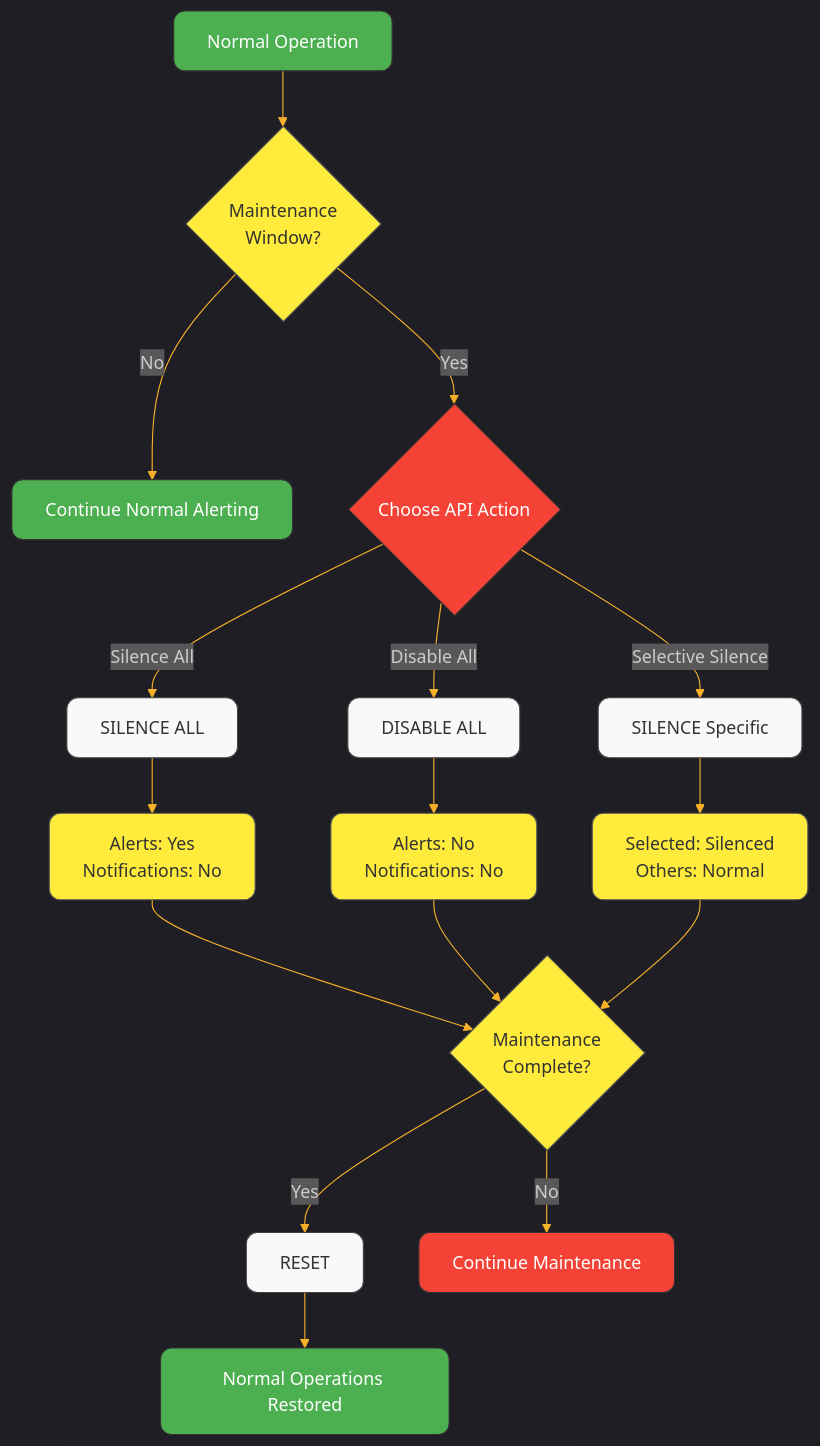
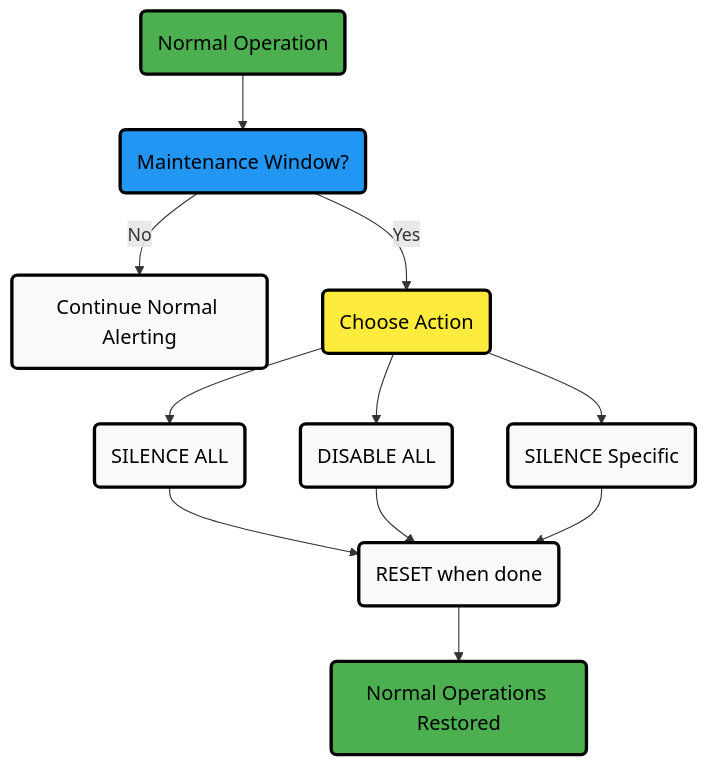
The second of 2 diagrams in src/health/notifications/README.md (netdata/netdata), drawn with Mermaid before and after one commit. The commit also changed other lines of this file and 21 other files, not shown here.

Commit message:
Fix Mermaid diagrams across multiple files

````diff
--- a/src/health/notifications/README.md
+++ b/src/health/notifications/README.md
@@ -54,45 +53,29 @@
 ```mermaid
-%%{init: {'theme': 'dark', 'themeVariables': { 'primaryColor': '#2b2b2b', 'primaryTextColor': '#fff', 'primaryBorderColor': '#7C0000', 'lineColor': '#F8B229', 'secondaryColor': '#006100', 'tertiaryColor': '#333'}}}%%
 flowchart TD
-    Start[Normal Operation] --> Maintenance{Maintenance<br/>Window?}
-    style Start fill:#4caf50,stroke:#333,color:#fff,stroke-width:1px,rx:10,ry:10
-    style Maintenance fill:#ffeb3b,stroke:#555,color:#333,stroke-width:1px,rx:10,ry:10
+    Start("Normal Operation") --> Maintenance("Maintenance Window?")
     
-    Maintenance -->|No| NormalOps[Continue Normal Alerting]
-    Maintenance -->|Yes| ApiAction{Choose API Action}
+    Maintenance -->|"No"| NormalOps("Continue Normal Alerting")
+    Maintenance -->|"Yes"| ApiAction("Choose Action")
     
-    style NormalOps fill:#4caf50,stroke:#333,color:#fff,stroke-width:1px,rx:10,ry:10
-    style ApiAction fill:#f44336,stroke:#333,color:#fff,stroke-width:1px,rx:10,ry:10
+    ApiAction --> SilenceAll("SILENCE ALL")
+    ApiAction --> DisableAll("DISABLE ALL")
+    ApiAction --> SilenceSelect("SILENCE Specific")
     
-    ApiAction -->|Silence All| SilenceAll[SILENCE ALL]
-    ApiAction -->|Disable All| DisableAll[DISABLE ALL]
-    ApiAction -->|Selective Silence| SilenceSelect[SILENCE Specific]
+    SilenceAll --> Reset("RESET when done")
+    DisableAll --> Reset
+    SilenceSelect --> Reset
     
-    SilenceAll --> AlertMode["Alerts: Yes<br/>Notifications: No"]
-    DisableAll --> CheckMode["Alerts: No<br/>Notifications: No"]
-    SilenceSelect --> SelectMode["Selected: Silenced<br/>Others: Normal"]
+    Reset --> Restored("Normal Operations Restored")
     
-    style SilenceAll fill:#f9f9f9,stroke:#444,color:#333,stroke-width:1px,rx:10,ry:10
-    style DisableAll fill:#f9f9f9,stroke:#444,color:#333,stroke-width:1px,rx:10,ry:10
-    style SilenceSelect fill:#f9f9f9,stroke:#444,color:#333,stroke-width:1px,rx:10,ry:10
-    
-    style AlertMode fill:#ffeb3b,stroke:#555,color:#333,stroke-width:1px,rx:10,ry:10
-    style CheckMode fill:#ffeb3b,stroke:#555,color:#333,stroke-width:1px,rx:10,ry:10
-    style SelectMode fill:#ffeb3b,stroke:#555,color:#333,stroke-width:1px,rx:10,ry:10
-    
-    AlertMode --> MaintenanceEnd{Maintenance<br/>Complete?}
-    CheckMode --> MaintenanceEnd
-    SelectMode --> MaintenanceEnd
-    
-    style MaintenanceEnd fill:#ffeb3b,stroke:#555,color:#333,stroke-width:1px,rx:10,ry:10
-    
-    MaintenanceEnd -->|Yes| Reset[RESET]
-    MaintenanceEnd -->|No| Continue[Continue Maintenance]
-    
-    style Reset fill:#f9f9f9,stroke:#444,color:#333,stroke-width:1px,rx:10,ry:10
-    style Continue fill:#f44336,stroke:#333,color:#fff,stroke-width:1px,rx:10,ry:10
-    
-    Reset --> Restored[Normal Operations Restored]
-    
-    style Restored fill:#4caf50,stroke:#333,color:#fff,stroke-width:1px,rx:10,ry:10
+    %% Style definitions
+    classDef alert fill:#ffeb3b,stroke:#000000,stroke-width:3px,color:#000000,font-size:18px
+    classDef neutral fill:#f9f9f9,stroke:#000000,stroke-width:3px,color:#000000,font-size:18px
+    classDef complete fill:#4caf50,stroke:#000000,stroke-width:3px,color:#000000,font-size:18px
+    classDef database fill:#2196F3,stroke:#000000,stroke-width:3px,color:#000000,font-size:18px
+
+    %% Apply styles
+    class Start,Restored complete
+    class Maintenance database
+    class ApiAction alert
+    class NormalOps,SilenceAll,DisableAll,SilenceSelect,Reset neutral
 ```
````
